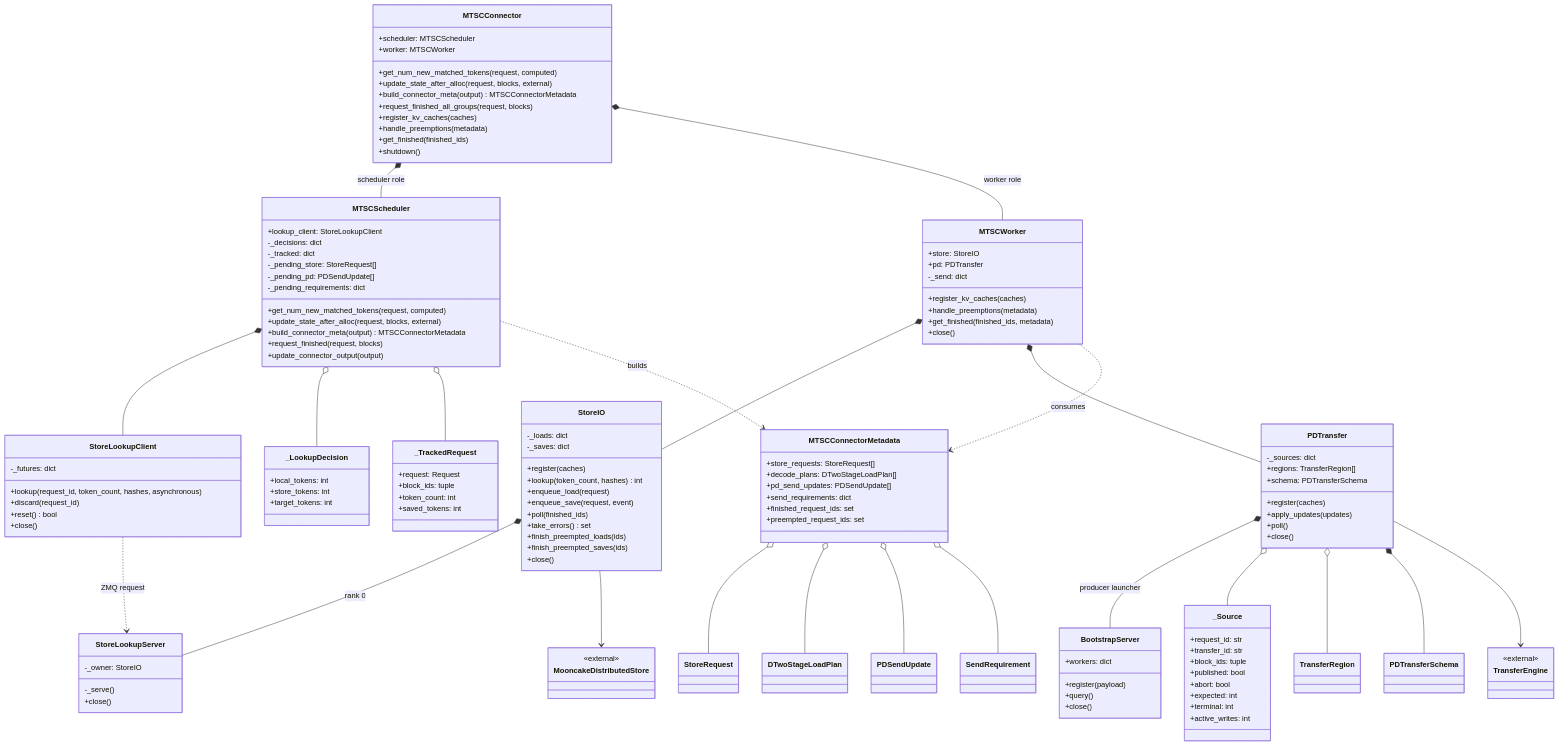
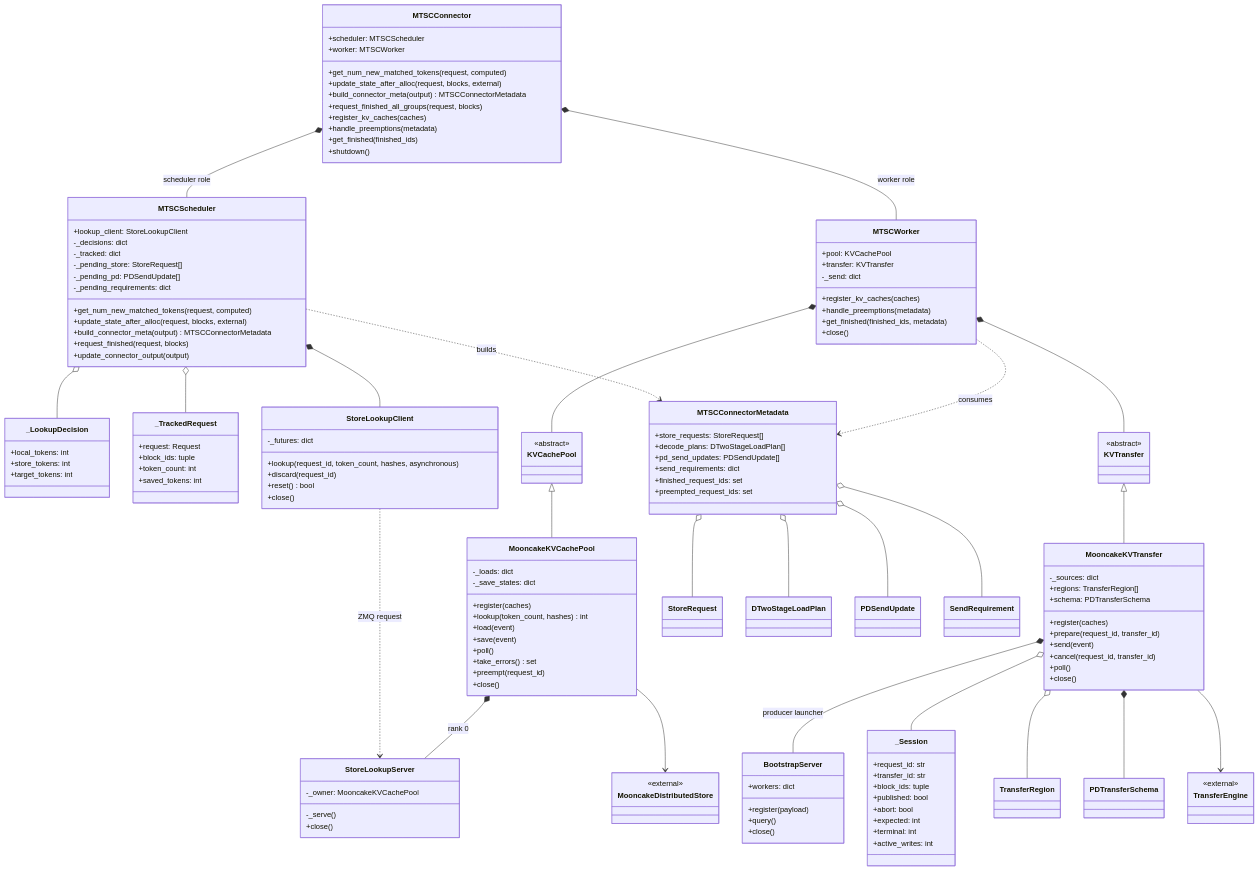
Before and after one commit to WangSu-X/MTSC: the second of 4 diagrams in docs/design/S02-prefill设计.md, drawn with Mermaid. The commit also changed other lines of this file and 20 other files, not shown here.

Commit message:
refactor(mtsc): implement Mooncake KVCachePool and KVTransfer

```diff
--- a/docs/design/S02-prefill设计.md
+++ b/docs/design/S02-prefill设计.md
@@ -140,8 +140,8 @@
         +update_connector_output(output)
     }
     class MTSCWorker {
-        +store: StoreIO
-        +pd: PDTransfer
+        +pool: KVCachePool
+        +transfer: KVTransfer
         -_send: dict
         +register_kv_caches(caches)
         +handle_preemptions(metadata)
@@ -167,29 +167,30 @@
         +close()
     }
     class StoreLookupServer {
-        -_owner: StoreIO
+        -_owner: MooncakeKVCachePool
         -_serve()
         +close()
     }
-    class StoreIO {
+    class MooncakeKVCachePool {
         -_loads: dict
-        -_saves: dict
+        -_save_states: dict
         +register(caches)
         +lookup(token_count, hashes) int
-        +enqueue_load(request)
-        +enqueue_save(request, event)
-        +poll(finished_ids)
+        +load(event)
+        +save(event)
+        +poll()
         +take_errors() set
-        +finish_preempted_loads(ids)
-        +finish_preempted_saves(ids)
+        +preempt(request_id)
         +close()
     }
-    class PDTransfer {
+    class MooncakeKVTransfer {
         -_sources: dict
         +regions: TransferRegion[]
         +schema: PDTransferSchema
         +register(caches)
-        +apply_updates(updates)
+        +prepare(request_id, transfer_id)
+        +send(event)
+        +cancel(request_id, transfer_id)
         +poll()
         +close()
     }
@@ -199,7 +200,7 @@
         +query()
         +close()
     }
-    class _Source {
+    class _Session {
         +request_id: str
         +transfer_id: str
         +block_ids: tuple
@@ -237,16 +238,24 @@
     MTSCScheduler o-- _TrackedRequest
     MTSCScheduler ..> MTSCConnectorMetadata : builds
     StoreLookupClient ..> StoreLookupServer : ZMQ request
-    MTSCWorker *-- StoreIO
-    MTSCWorker *-- PDTransfer
+    class KVCachePool {
+        <<abstract>>
+    }
+    class KVTransfer {
+        <<abstract>>
+    }
+    MTSCWorker *-- KVCachePool
+    MTSCWorker *-- KVTransfer
+    KVCachePool <|-- MooncakeKVCachePool
+    KVTransfer <|-- MooncakeKVTransfer
     MTSCWorker ..> MTSCConnectorMetadata : consumes
-    StoreIO *-- StoreLookupServer : rank 0
-    StoreIO --> MooncakeDistributedStore
-    PDTransfer *-- BootstrapServer : producer launcher
-    PDTransfer o-- _Source
-    PDTransfer o-- TransferRegion
-    PDTransfer *-- PDTransferSchema
-    PDTransfer --> TransferEngine
+    MooncakeKVCachePool *-- StoreLookupServer : rank 0
+    MooncakeKVCachePool --> MooncakeDistributedStore
+    MooncakeKVTransfer *-- BootstrapServer : producer launcher
+    MooncakeKVTransfer o-- _Session
+    MooncakeKVTransfer o-- TransferRegion
+    MooncakeKVTransfer *-- PDTransferSchema
+    MooncakeKVTransfer --> TransferEngine
     MTSCConnectorMetadata o-- StoreRequest
     MTSCConnectorMetadata o-- DTwoStageLoadPlan
     MTSCConnectorMetadata o-- PDSendUpdate
```
